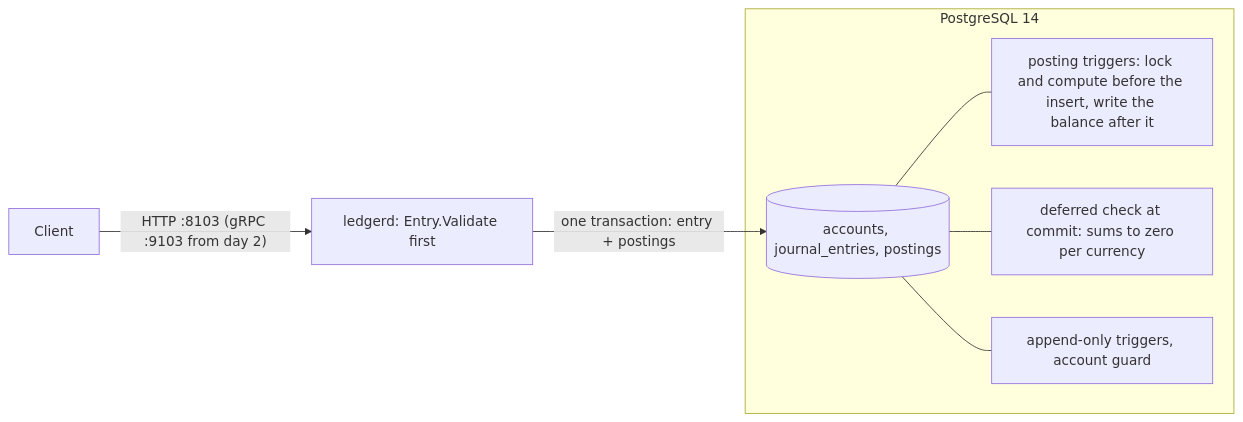
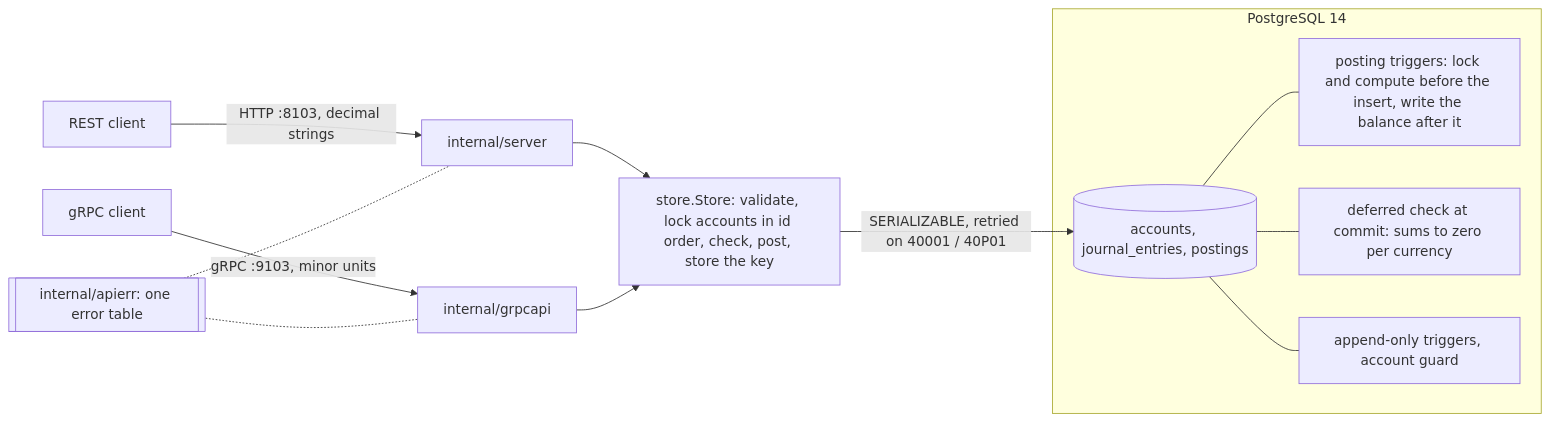
One commit to vivekdavara/ledger changed the diagram in README.md. Above: the diagram before and after it, drawn with Mermaid. The commit also changed other lines of this file and 3 other files, not shown here.

````diff
--- a/README.md
+++ b/README.md
@@ -18,14 +18,20 @@
 ```mermaid
 flowchart LR
-    C[Client] -- "HTTP :8103 (gRPC :9103 from day 2)" --> L["ledgerd: Entry.Validate first"]
-    L -- "one transaction: entry + postings" --> TBL
+    R[REST client] -- "HTTP :8103, decimal strings" --> H[internal/server]
+    G[gRPC client] -- "gRPC :9103, minor units" --> P[internal/grpcapi]
+    H --> S
+    P --> S
+    S["store.Store: validate, lock accounts in id order, check, post, store the key"]
+    E[[internal/apierr: one error table]] -.- H
+    E -.- P
+    S -- "SERIALIZABLE, retried on 40001 / 40P01" --> TBL
     subgraph PG [PostgreSQL 14]
         TBL[("accounts, journal_entries, postings")]
         T1["posting triggers: lock and compute before the insert, write the balance after it"]
         T2["deferred check at commit: sums to zero per currency"]
         T3["append-only triggers, account guard"]
         TBL --- T1
         TBL --- T2
         TBL --- T3
     end
 ```
````
